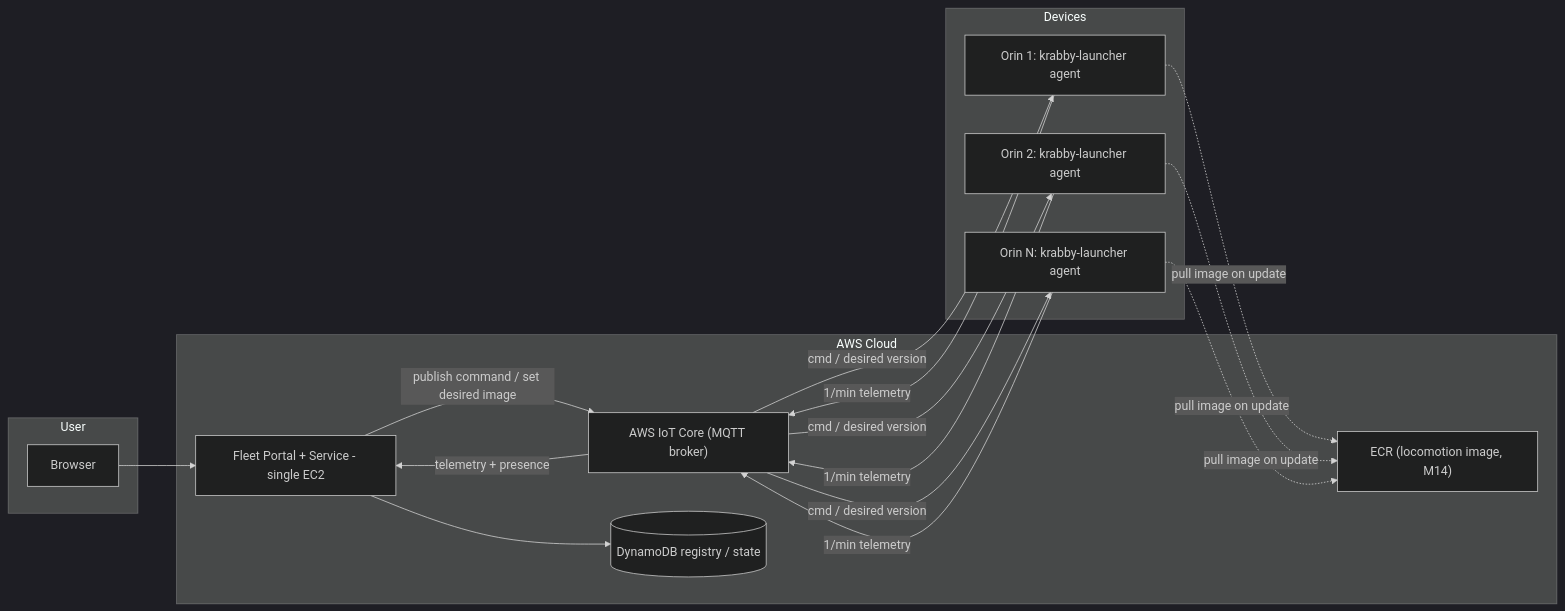
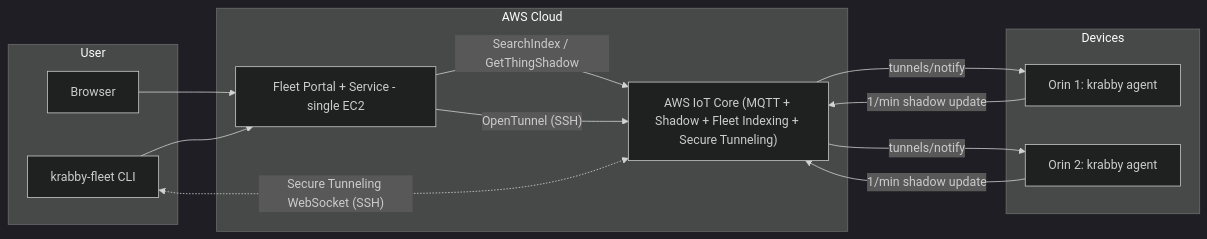
Before and after one commit to flliver/patina-foundation-grants: the first of 2 diagrams in grants/Krabby-Uno/Milestone10-Fleet-Manager/OVERVIEW.md, drawn with Mermaid (dark theme). The commit also changed other lines of this file and 4 other files, not shown here.

Commit message:
Updated M10 (fleet manager) based on completed M14 (krabby cli). Now with significantly more specific implementatoin detail on telemetry storage, SSH/teleops tunnel access, impl of CDK for service, etc.

````diff
--- a/grants/Krabby-Uno/Milestone10-Fleet-Manager/OVERVIEW.md
+++ b/grants/Krabby-Uno/Milestone10-Fleet-Manager/OVERVIEW.md
@@ -128,33 +99,27 @@
 ```mermaid
 flowchart LR
   subgraph user [User]
     Browser[Browser]
+    CLI["krabby-fleet CLI"]
   end
 
   subgraph cloud [AWS Cloud]
     Portal[Fleet Portal + Service - single EC2]
-    IoT["AWS IoT Core (MQTT broker)"]
-    DDB[(DynamoDB registry / state)]
-    ECR["ECR (locomotion image, M14)"]
+    IoT["AWS IoT Core (MQTT + Shadow + Fleet Indexing + Secure Tunneling)"]
   end
 
   subgraph devices [Devices]
-    Orin1[Orin 1: krabby-launcher agent]
-    Orin2[Orin 2: krabby-launcher agent]
-    OrinN[Orin N: krabby-launcher agent]
+    Orin1[Orin 1: krabby agent]
+    Orin2[Orin 2: krabby agent]
   end
 
   Browser --> Portal
-  Portal -->|"publish command / set desired image"| IoT
-  Portal --> DDB
-  IoT -->|"cmd / desired version"| Orin1
-  IoT -->|"cmd / desired version"| Orin2
-  IoT -->|"cmd / desired version"| OrinN
-  Orin1 -->|"1/min telemetry"| IoT
-  Orin2 -->|"1/min telemetry"| IoT
-  OrinN -->|"1/min telemetry"| IoT
-  IoT -->|"telemetry + presence"| Portal
-  Orin1 -.->|"pull image on update"| ECR
-  Orin2 -.->|"pull image on update"| ECR
-  OrinN -.->|"pull image on update"| ECR
+  CLI --> Portal
+  Portal -->|"SearchIndex / GetThingShadow"| IoT
+  Portal -->|"OpenTunnel (SSH)"| IoT
+  IoT -->|"tunnels/notify"| Orin1
+  IoT -->|"tunnels/notify"| Orin2
+  Orin1 -->|"1/min shadow update"| IoT
+  Orin2 -->|"1/min shadow update"| IoT
+  CLI <-.->|"Secure Tunneling WebSocket (SSH)"| IoT
 ```
````
